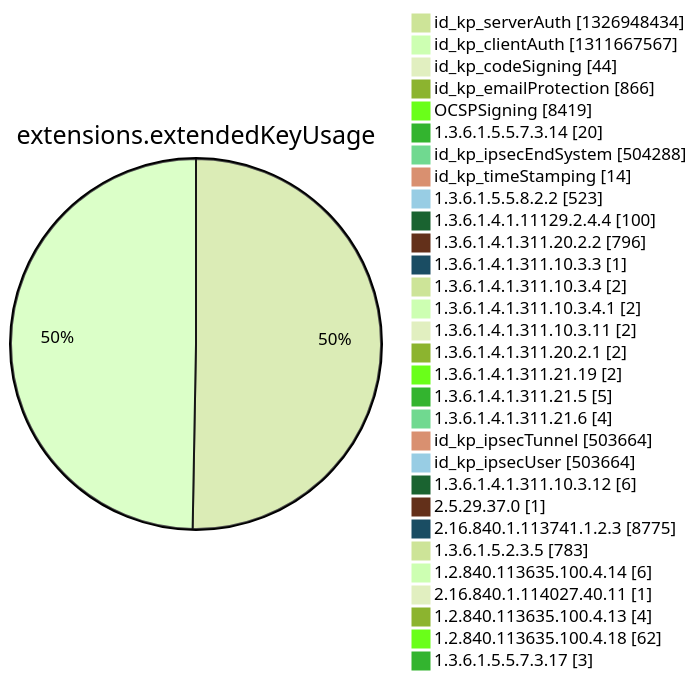
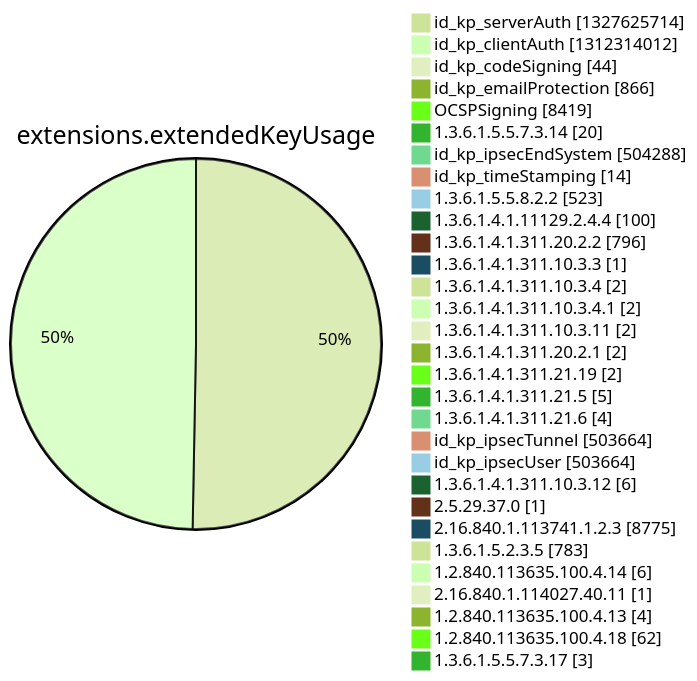
Diagram 12 of 15 in argon2022/README.md (christiankrug/ctmonitor_visualization), drawn with Mermaid (forest theme) before and after one commit. The commit also changed other lines of this file, not shown here.

````diff
--- a/argon2022/README.md
+++ b/argon2022/README.md
@@ -3553,34 +3553,34 @@
 ```mermaid
 pie showData
 title extensions.extendedKeyUsage
-"id_kp_serverAuth" :1326948434
-"id_kp_clientAuth" :1311667567
+"id_kp_serverAuth" :1327625714
+"id_kp_clientAuth" :1312314012
 "id_kp_codeSigning" :44
 "id_kp_emailProtection" :866
 "OCSPSigning" :8419
 "1.3.6.1.5.5.7.3.14" :20
 "id_kp_ipsecEndSystem" :504288
 "id_kp_timeStamping" :14
 "1.3.6.1.5.5.8.2.2" :523
 "1.3.6.1.4.1.11129.2.4.4" :100
 "1.3.6.1.4.1.311.20.2.2" :796
 "1.3.6.1.4.1.311.10.3.3" :1
 "1.3.6.1.4.1.311.10.3.4" :2
 "1.3.6.1.4.1.311.10.3.4.1" :2
 "1.3.6.1.4.1.311.10.3.11" :2
 "1.3.6.1.4.1.311.20.2.1" :2
 "1.3.6.1.4.1.311.21.19" :2
 "1.3.6.1.4.1.311.21.5" :5
 "1.3.6.1.4.1.311.21.6" :4
 "id_kp_ipsecTunnel" :503664
 "id_kp_ipsecUser" :503664
 "1.3.6.1.4.1.311.10.3.12" :6
 "2.5.29.37.0" :1
 "2.16.840.1.113741.1.2.3" :8775
 "1.3.6.1.5.2.3.5" :783
 "1.2.840.113635.100.4.14" :6
 "2.16.840.1.114027.40.11" :1
 "1.2.840.113635.100.4.13" :4
 "1.2.840.113635.100.4.18" :62
 "1.3.6.1.5.5.7.3.17" :3
 ```
````
